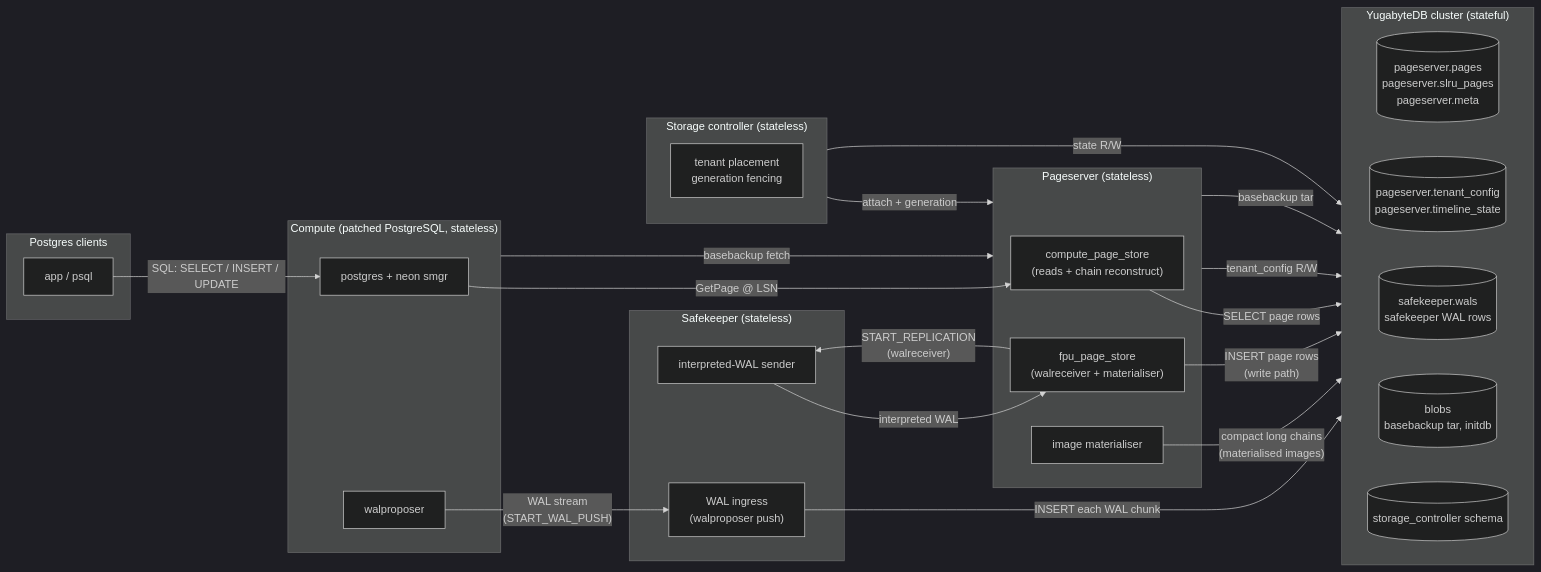
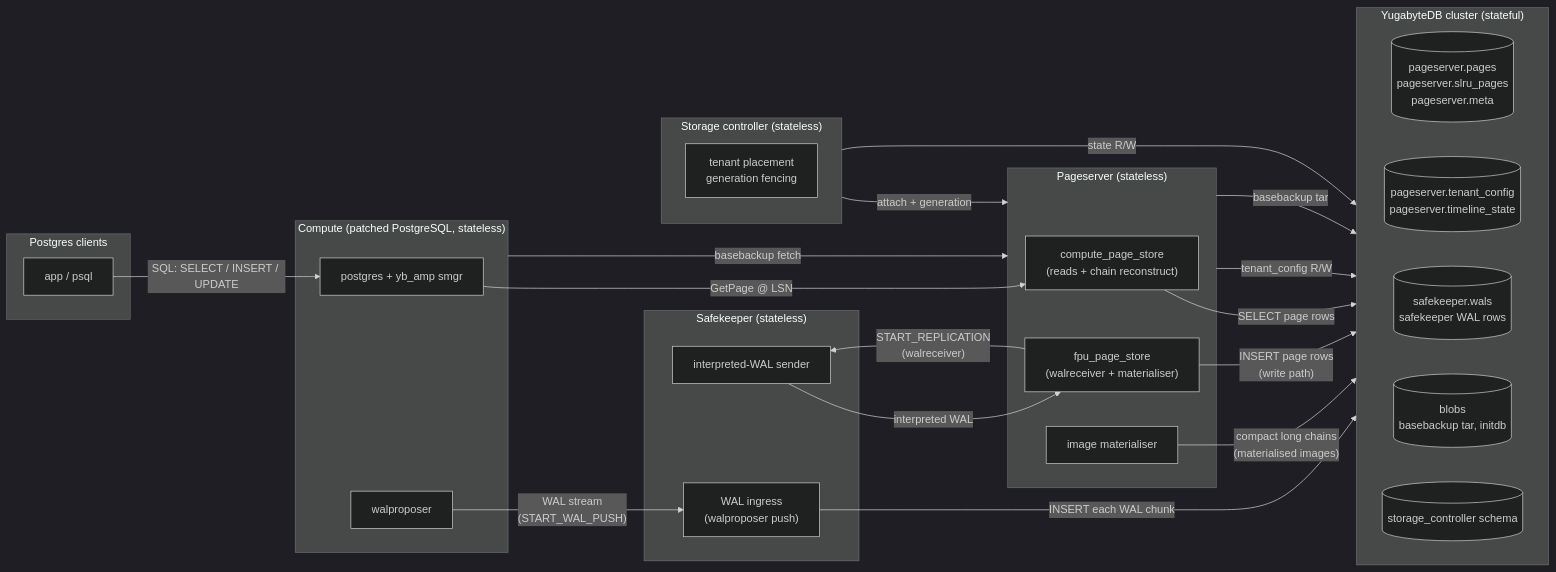
The first of 3 diagrams in README.md (yugabyte/meko), drawn with Mermaid (dark theme) before and after one commit. The commit also changed other lines of this file and 1 other file, not shown here.

````diff
--- a/README.md
+++ b/README.md
@@ -30,50 +30,50 @@
 ```mermaid
 flowchart LR
     subgraph clients["Postgres clients"]
         app["app / psql"]
     end
 
     subgraph compute["Compute (patched PostgreSQL, stateless)"]
-        pg["postgres + neon smgr"]
+        pg["postgres + yb_amp smgr"]
         wp["walproposer"]
     end
 
     subgraph sk["Safekeeper (stateless)"]
         sks["interpreted-WAL sender"]
         skp["WAL ingress<br/>(walproposer push)"]
     end
 
     subgraph ps["Pageserver (stateless)"]
         cps["compute_page_store<br/>(reads + chain reconstruct)"]
         fps["fpu_page_store<br/>(walreceiver + materialiser)"]
         mat["image materialiser"]
     end
 
     subgraph sc["Storage controller (stateless)"]
         sct["tenant placement<br/>generation fencing"]
     end
 
     subgraph yb["YugabyteDB cluster (stateful)"]
         direction LR
         tblPages[("pageserver.pages<br/>pageserver.slru_pages<br/>pageserver.meta")]
         tblConf[("pageserver.tenant_config<br/>pageserver.timeline_state")]
         tblWal[("safekeeper.wals<br/>safekeeper WAL rows")]
         tblBlob[("blobs<br/>basebackup tar, initdb")]
         tblSc[("storage_controller schema")]
     end
 
     app -- "SQL: SELECT / INSERT / UPDATE" --> pg
     pg -- "GetPage @ LSN" --> cps
     wp -- "WAL stream<br/>(START_WAL_PUSH)" --> skp
     skp -- "INSERT each WAL chunk" --> tblWal
     fps -- "START_REPLICATION<br/>(walreceiver)" --> sks
     sks -- "interpreted WAL" --> fps
     cps -- "SELECT page rows" --> tblPages
     fps -- "INSERT page rows<br/>(write path)" --> tblPages
     mat -- "compact long chains<br/>(materialised images)" --> tblPages
     ps -- "tenant_config R/W" --> tblConf
     sc -- "attach + generation" --> ps
     sc -- "state R/W" --> tblSc
     ps -- "basebackup tar" --> tblBlob
     compute -- "basebackup fetch" --> ps
 ```
````
